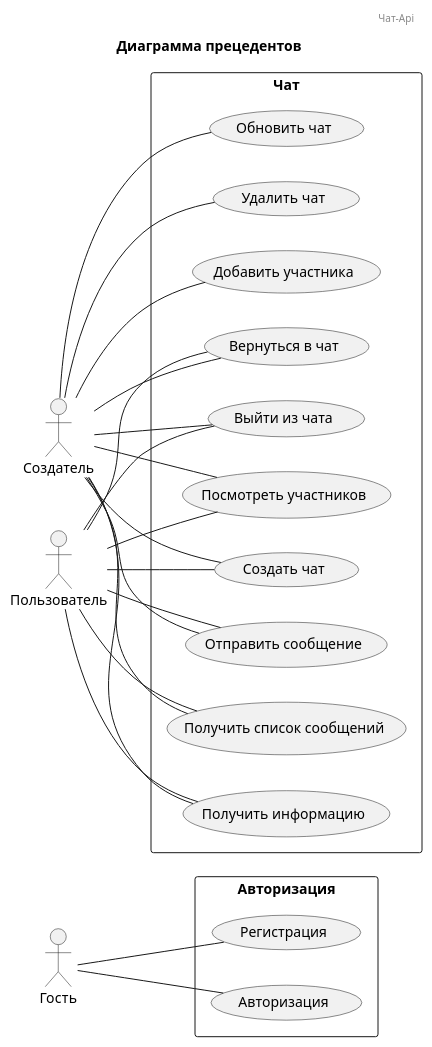
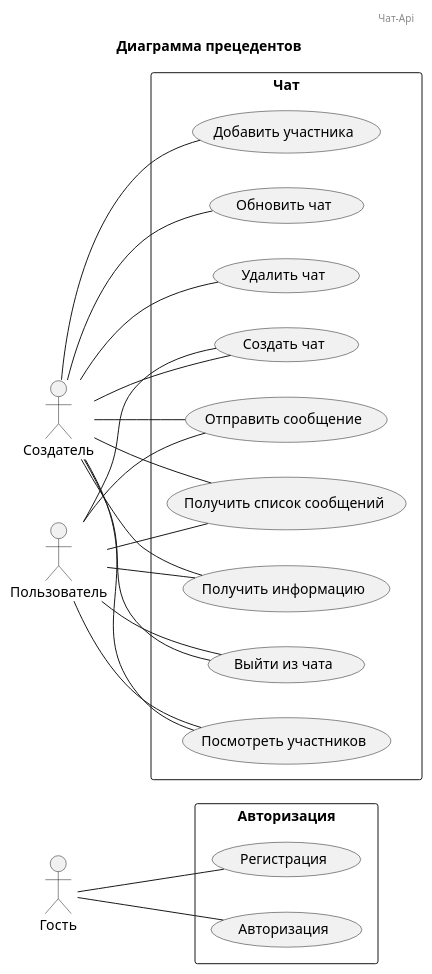
One commit to ilyenkod/First_Project changed the diagram in docs/precedents.puml. Above: the diagram before and after it, drawn with PlantUML. The commit also changed 2 other files, not shown here.

```diff
--- a/docs/precedents.puml
+++ b/docs/precedents.puml
@@ -1,54 +1,51 @@
 @startuml
 
 header Чат-Api
 title Диаграмма прецедентов
 
 left to right direction
 
 rectangle "Чат"{
     usecase "Создать чат" as create_chat
     usecase "Обновить чат" as update_chat
     usecase "Удалить чат" as delete_chat
     usecase "Получить информацию" as chat_information
-    usecase "Вернуться в чат" as return_chat
     usecase "Выйти из чата" as leave_chat
     usecase "Посмотреть участников" as see_users
     usecase "Отправить сообщение" as send_message
     usecase "Получить список сообщений" as list_messages
     usecase "Добавить участника" as add_user
 }
 
 rectangle "Авторизация" {
     usecase "Регистрация" as registration
     usecase "Авторизация" as authorization
 }
 
 actor "Гость" as guest
 actor "Создатель" as creator
 actor "Пользователь" as user
 
 guest -- registration
 guest -- authorization
 
 user -- create_chat
 user -- chat_information
 user -- see_users
-user -- return_chat
 user -- leave_chat
 user -- send_message
 user -- list_messages
 
 creator -- create_chat
 creator -- update_chat
 creator -- delete_chat
 creator -- add_user
 
 creator -- chat_information
 creator -- see_users
-creator -- return_chat
 creator -- leave_chat
 creator -- send_message
 creator -- list_messages
 
 
 @enduml
```
